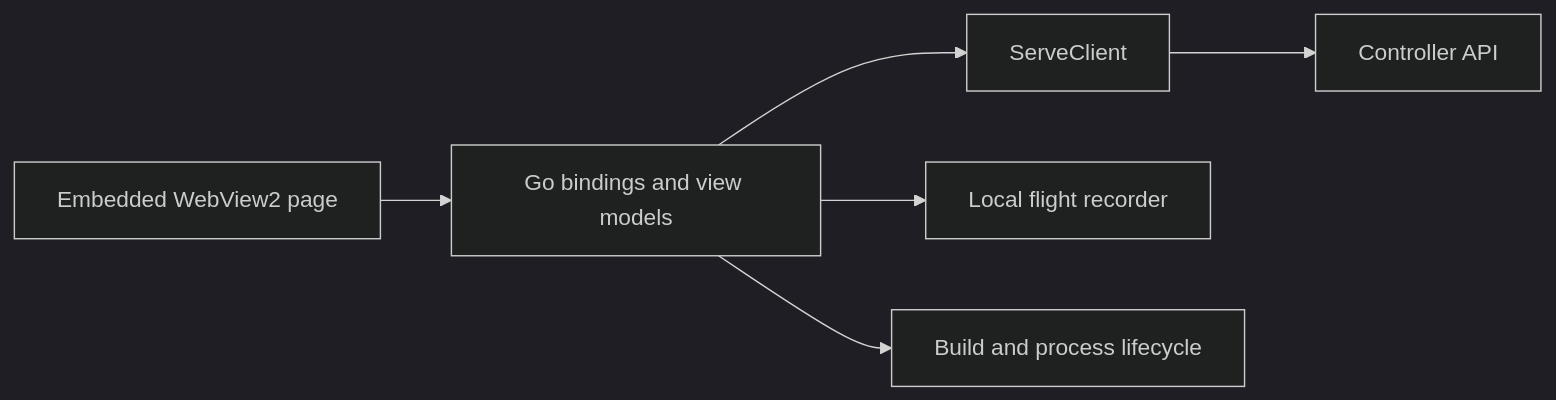
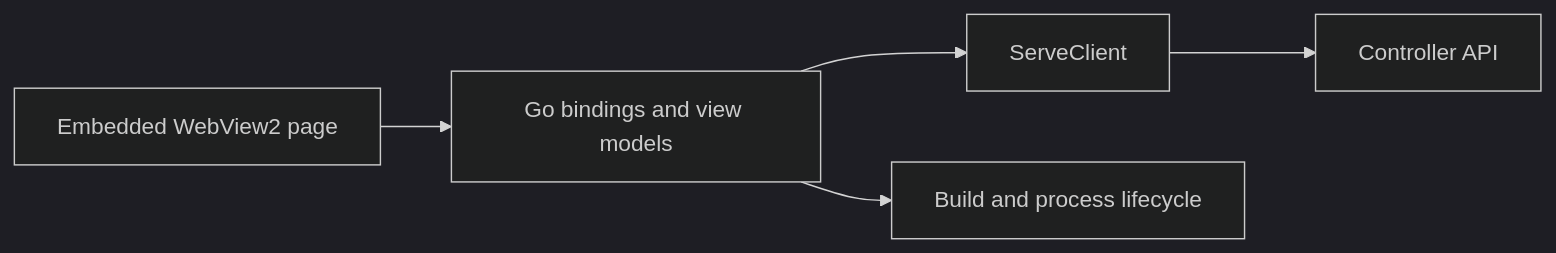
The diagram in docs/developers/architecture/launcher.md (davidarcher/rimgovernor), drawn with Mermaid (dark theme) before and after one commit. The commit also changed other lines of this file and 48 other files, not shown here.

````diff
--- a/docs/developers/architecture/launcher.md
+++ b/docs/developers/architecture/launcher.md
@@ -11,8 +11,7 @@
 ```mermaid
 flowchart LR
     UI[Embedded WebView2 page] --> Bind[Go bindings and view models]
     Bind --> Client[ServeClient]
     Client --> API[Controller API]
-    Bind --> Flight[Local flight recorder]
     Bind --> Process[Build and process lifecycle]
 ```
````
